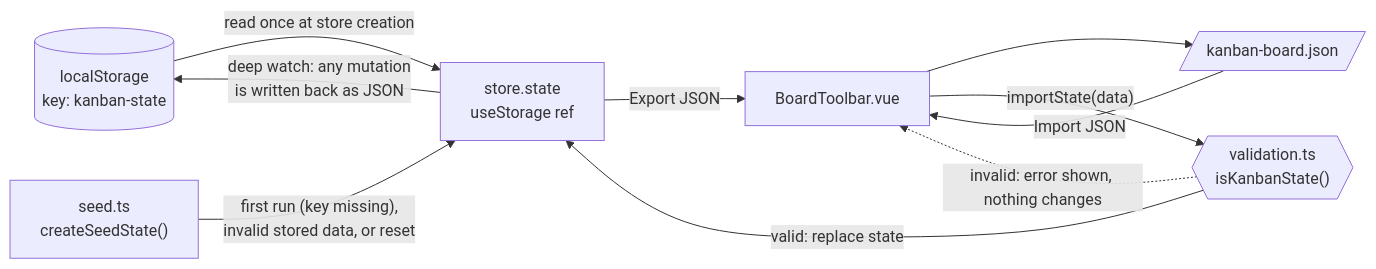
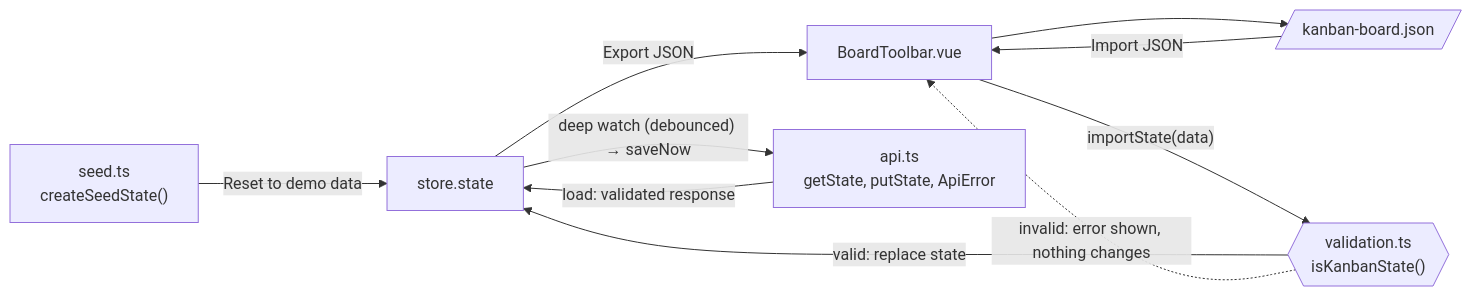
The ninth of 15 diagrams in docs/architecture.md (0quasarquantum0/Kanban_Vue), drawn with Mermaid before and after one commit. The commit also changed other lines of this file and 16 other files, not shown here.

````diff
--- a/docs/architecture.md
+++ b/docs/architecture.md
@@ -211,17 +244,17 @@
 ```mermaid
 flowchart LR
-  ls[("localStorage<br/>key: kanban-state")]
+  state["store.state"]
   seed["seed.ts<br/>createSeedState()"]
   valid{{"validation.ts<br/>isKanbanState()"}}
-  state["store.state<br/>useStorage ref"]
   toolbar["BoardToolbar.vue"]
   file[/"kanban-board.json"/]
+  api["api.ts<br/>getState, putState, ApiError"]
 
-  ls -- "read once at store creation" --> state
-  seed -- "first run (key missing),<br/>invalid stored data, or reset" --> state
-  state -- "deep watch: any mutation<br/>is written back as JSON" --> ls
+  api -- "load: validated response" --> state
+  state -- "deep watch (debounced) → saveNow" --> api
+  seed -- "Reset to demo data" --> state
   state -- "Export JSON" --> toolbar --> file
   file -- "Import JSON" --> toolbar -- "importState(data)" --> valid
   valid -- "valid: replace state" --> state
   valid -. "invalid: error shown, nothing changes" .-> toolbar
 ```
````
